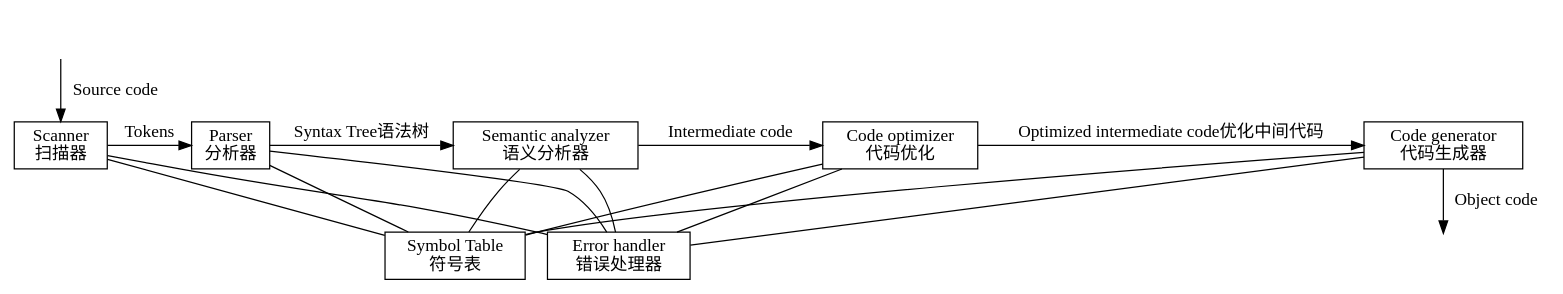
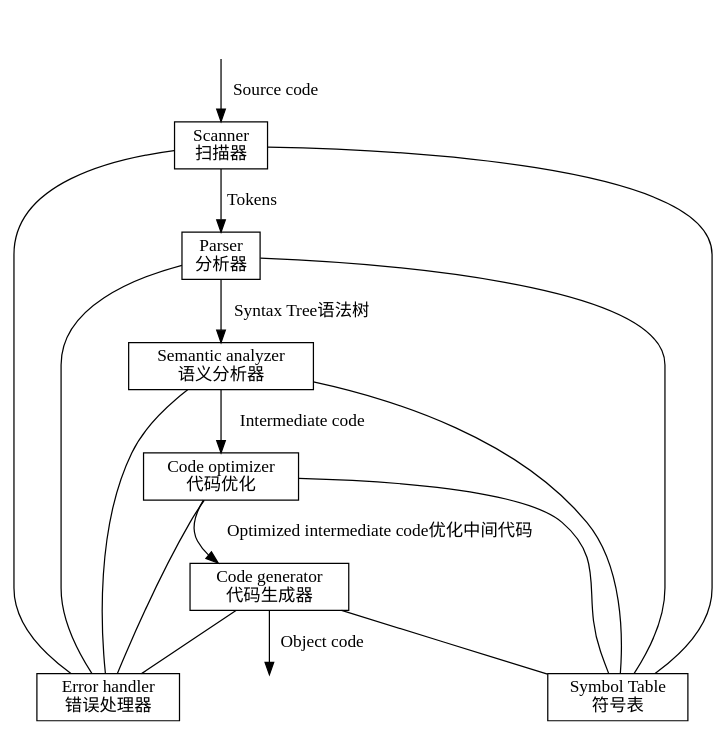
Before and after one commit to aopstudio/Notes: the first of 6 diagrams in 编译方法.md, drawn with Graphviz. The commit also changed other lines of this file, not shown here.

````diff
--- a/编译方法.md
+++ b/编译方法.md
@@ -2,25 +2,25 @@
 ```dot
 digraph procedure {
     node [shape=box]
-    {rank=same; "Scanner\n扫描器" "Parser\n分析器" "Semantic analyzer\n语义分析器" "Code optimizer\n代码优化" "Code generator\n代码生成器"}
+   
      {rank=same; "Error handler\n错误处理器" "Symbol Table\n符号表"}
     " " [shape=plaintext]
     "  " [shape=plaintext]
     " " -> "Scanner\n扫描器" [label="Source code"]
     "Scanner\n扫描器" -> "Parser\n分析器" [label=Tokens]
     "Parser\n分析器" -> "Semantic analyzer\n语义分析器" [label="Syntax Tree语法树"]
     "Semantic analyzer\n语义分析器"-> "Code optimizer\n代码优化" [label="Intermediate code"]
     "Code optimizer\n代码优化" -> "Code generator\n代码生成器" [label="Optimized intermediate code优化中间代码"]
     "Code generator\n代码生成器"-> "  " [label="Object code"]
     "Scanner\n扫描器" -> "Error handler\n错误处理器" [arrowhead=none]
     "Parser\n分析器" -> "Error handler\n错误处理器" [arrowhead=none]
     "Semantic analyzer\n语义分析器"  -> "Error handler\n错误处理器" [arrowhead=none]
      "Scanner\n扫描器" -> "Symbol Table\n符号表" [arrowhead=none]
     "Parser\n分析器" -> "Symbol Table\n符号表" [arrowhead=none]
     "Semantic analyzer\n语义分析器"  -> "Symbol Table\n符号表" [arrowhead=none]
     "Code optimizer\n代码优化" -> "Symbol Table\n符号表" [arrowhead=none]
     "Code generator\n代码生成器" -> "Symbol Table\n符号表" [arrowhead=none]
     "Code optimizer\n代码优化" -> "Error handler\n错误处理器" [arrowhead=none]
     "Code generator\n代码生成器" -> "Error handler\n错误处理器" [arrowhead=none]
 }
 ```
````
